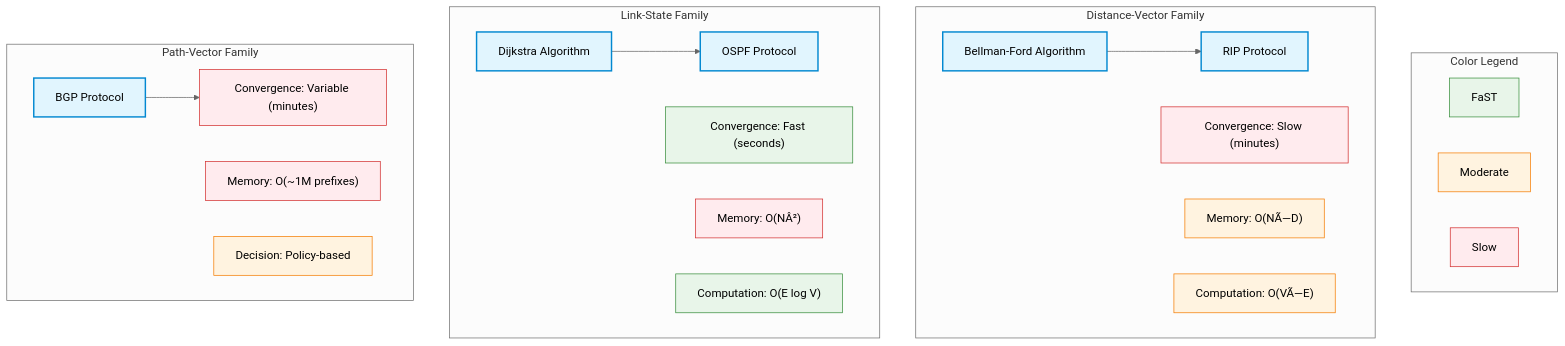
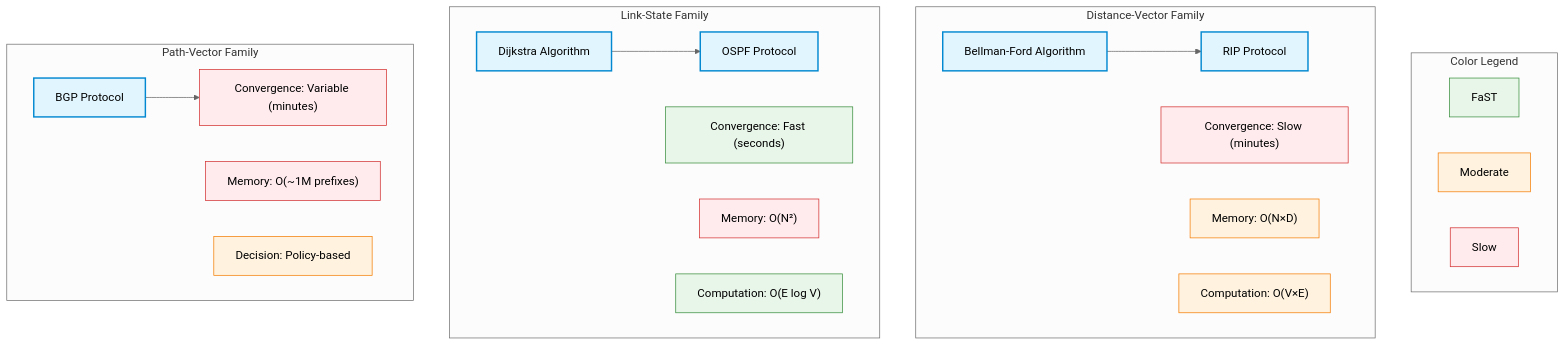
Before and after one commit to Raushan666java/ai-engineering-journey: the second of 2 diagrams in docs/courses/computer-networks/07-routing.md, drawn with Mermaid (neutral theme). The commit also changed other lines of this file and 965 other files, not shown here.

````diff
--- a/docs/courses/computer-networks/07-routing.md
+++ b/docs/courses/computer-networks/07-routing.md
@@ -67,40 +67,40 @@
 ```mermaid
 graph TB
     subgraph Legend["Color Legend"]
         L1[FaST]:::fast
         L2[Moderate]:::mod
         L3[Slow]:::slow
     end
 
     subgraph DV["Distance-Vector Family"]
         BF[Bellman-Ford Algorithm]:::algo
         RIP[RIP Protocol]:::algo
         DV1["Convergence: Slow (minutes)"]:::slow
-        DV2["Memory: O(NÃ—D)"]:::mod
-        DV3["Computation: O(VÃ—E)"]:::mod
+        DV2["Memory: O(N×D)"]:::mod
+        DV3["Computation: O(V×E)"]:::mod
     end
 
     subgraph LS["Link-State Family"]
         DJ[Dijkstra Algorithm]:::algo
         OSPF[OSPF Protocol]:::algo
         LS1["Convergence: Fast (seconds)"]:::fast
-        LS2["Memory: O(NÂ²)"]:::slow
+        LS2["Memory: O(N²)"]:::slow
         LS3["Computation: O(E log V)"]:::fast
     end
 
     subgraph PV["Path-Vector Family"]
         BGP[BGP Protocol]:::algo
         PV1["Convergence: Variable (minutes)"]:::slow
         PV2["Memory: O(~1M prefixes)"]:::slow
         PV3["Decision: Policy-based"]:::mod
     end
 
     BF --> RIP
     DJ --> OSPF
     BGP --> PV1
 
     classDef algo fill:#e1f5fe,stroke:#0288d1,stroke-width:2px
     classDef fast fill:#e8f5e9,stroke:#388e3c
     classDef mod fill:#fff3e0,stroke:#f57c00
     classDef slow fill:#ffebee,stroke:#d32f2f
 ```
````
